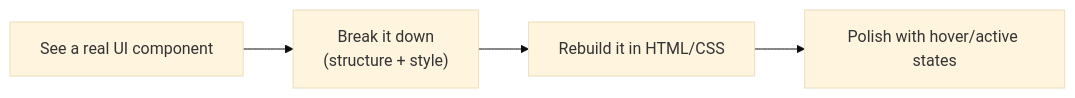
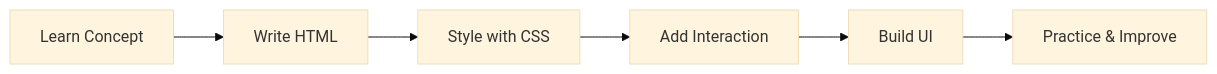
Diagram 11 of 11 in README.md (Betha-hemanth/HTML-and-CSS), drawn with Mermaid (base theme) before and after one commit. The commit also changed other lines of this file, not shown here.

First line of the commit message:
Revise README for improved documentation and structure

````diff
--- a/README.md
+++ b/README.md
@@ -239,4 +296,8 @@
 ```mermaid
 flowchart LR
-    See["See a real UI component"] --> Break["Break it down\n(structure + style)"] --> Rebuild["Rebuild it in HTML/CSS"] --> Polish["Polish with hover/active states"]
+    A["Learn Concept"] --> B["Write HTML"]
+    B --> C["Style with CSS"]
+    C --> D["Add Interaction"]
+    D --> E["Build UI"]
+    E --> F["Practice & Improve"]
 ```
````
